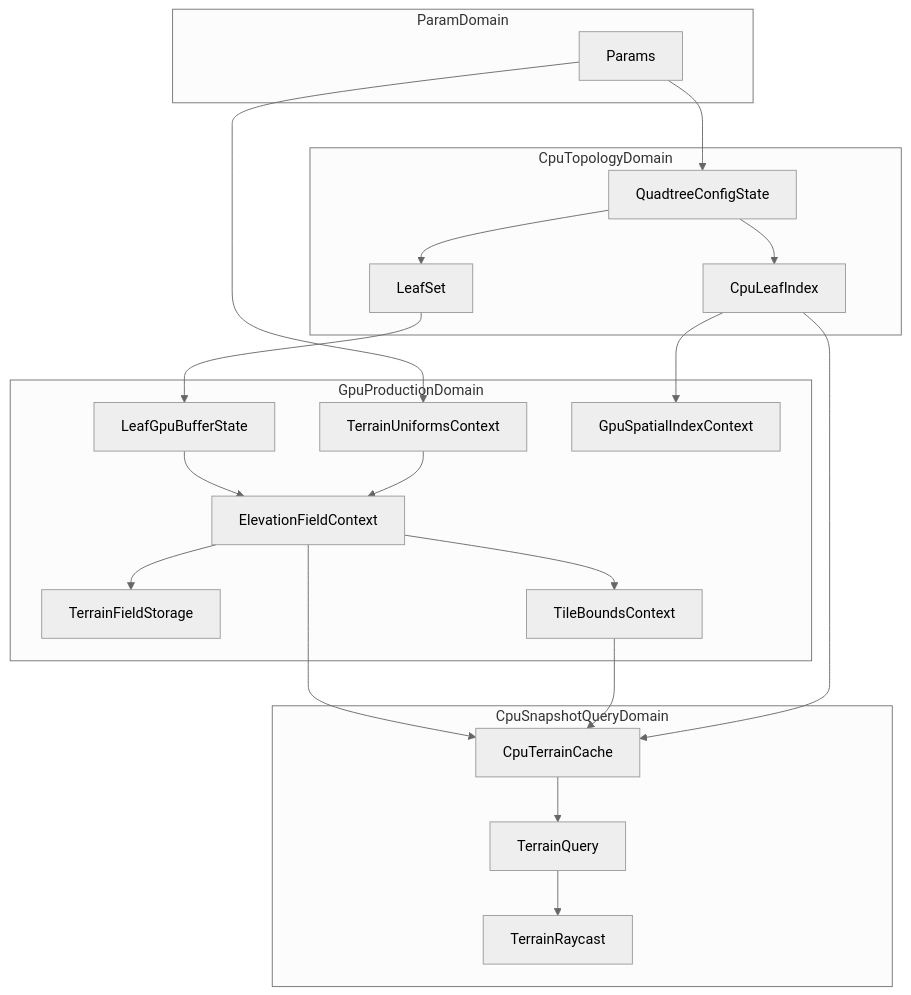
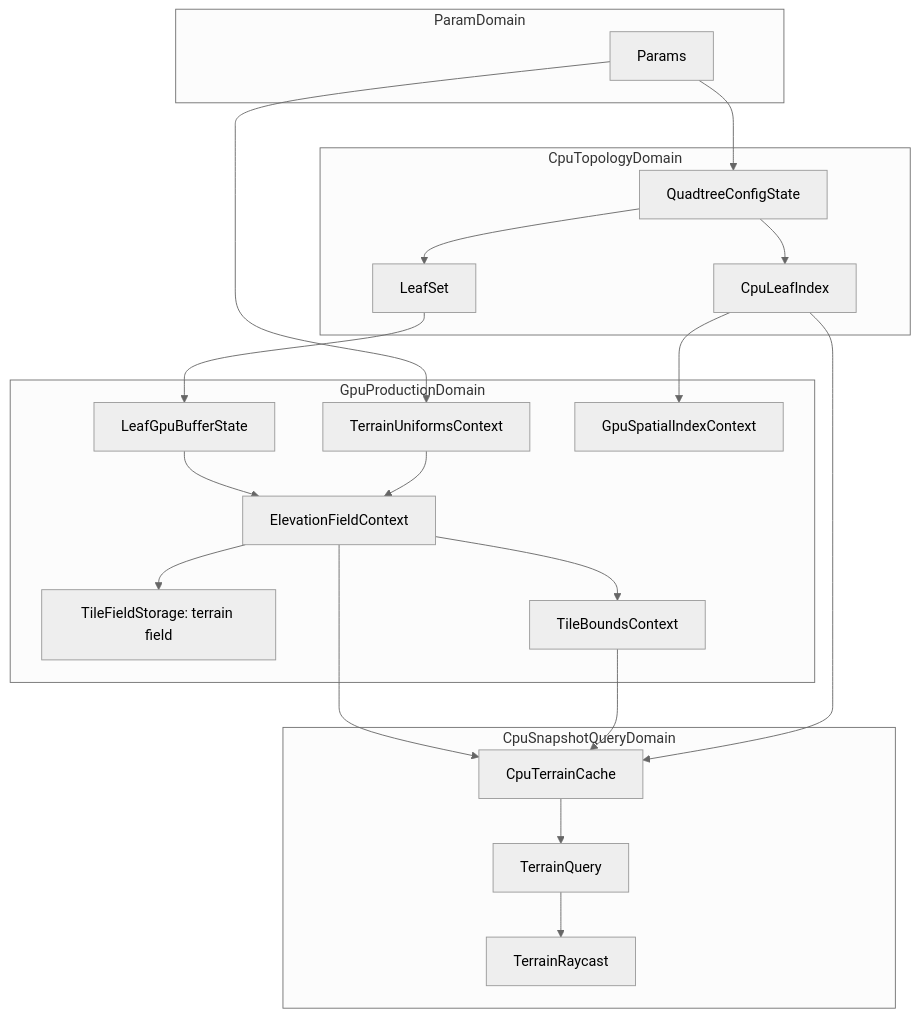
One commit to kenjinp/hello-terrain changed the diagram in packages/three/spec/terrain-data-model.md. Above: the diagram before and after it, drawn with Mermaid (neutral theme). The commit also changed other lines of this file and 22 other files, not shown here.

Commit message:
feat(three): prepare tile-field storage and compute plumbing for texturing

````diff
--- a/packages/three/spec/terrain-data-model.md
+++ b/packages/three/spec/terrain-data-model.md
@@ -141,45 +147,45 @@
 ```mermaid
 flowchart TD
   subgraph paramsDomain [ParamDomain]
     params[Params]
   end
 
   subgraph cpuTopology [CpuTopologyDomain]
     quadtreeConfig[QuadtreeConfigState]
     leafSet[LeafSet]
     cpuLeafIndex[CpuLeafIndex]
   end
 
   subgraph gpuDomain [GpuProductionDomain]
     leafGpu[LeafGpuBufferState]
     uniforms[TerrainUniformsContext]
     elevationField[ElevationFieldContext]
-    terrainField[TerrainFieldStorage]
+    terrainField[TileFieldStorage: terrain field]
     gpuIndex[GpuSpatialIndexContext]
     tileBounds[TileBoundsContext]
   end
 
   subgraph cpuQuery [CpuSnapshotQueryDomain]
     cache[CpuTerrainCache]
     query[TerrainQuery]
     raycast[TerrainRaycast]
   end
 
   params --> quadtreeConfig
   quadtreeConfig --> leafSet
   quadtreeConfig --> cpuLeafIndex
   leafSet --> leafGpu
   cpuLeafIndex --> gpuIndex
 
   params --> uniforms
   leafGpu --> elevationField
   uniforms --> elevationField
   elevationField --> terrainField
   elevationField --> tileBounds
 
   elevationField --> cache
   tileBounds --> cache
   cpuLeafIndex --> cache
   cache --> query
   query --> raycast
 ```
````
